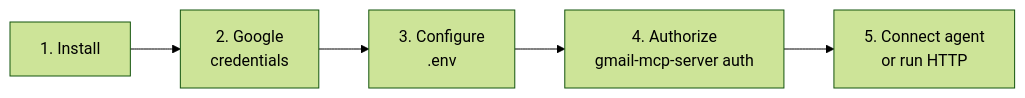
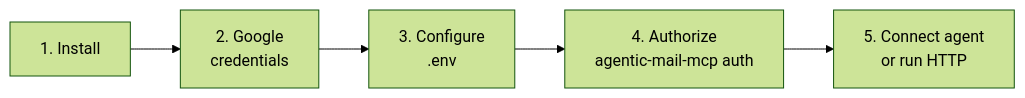
Before and after one commit to CoolDevGuys/agentic-mail-mcp: the diagram in README.md, drawn with Mermaid (forest theme). The commit also changed other lines of this file and 397 other files, not shown here.

Commit message:
Migrate application module paths from `src` to `agentic_mail_mcp` for improved consistency and alignment with the project structure. Update environment variable prefixes and command references accordingly.

````diff
--- a/README.md
+++ b/README.md
@@ -30,7 +30,7 @@
 ```mermaid
 flowchart LR
     A[1. Install] --> B[2. Google<br/>credentials]
     B --> C[3. Configure<br/>.env]
-    C --> D[4. Authorize<br/>gmail-mcp-server auth]
+    C --> D[4. Authorize<br/>agentic-mail-mcp auth]
     D --> E[5. Connect agent<br/>or run HTTP]
 ```
````
